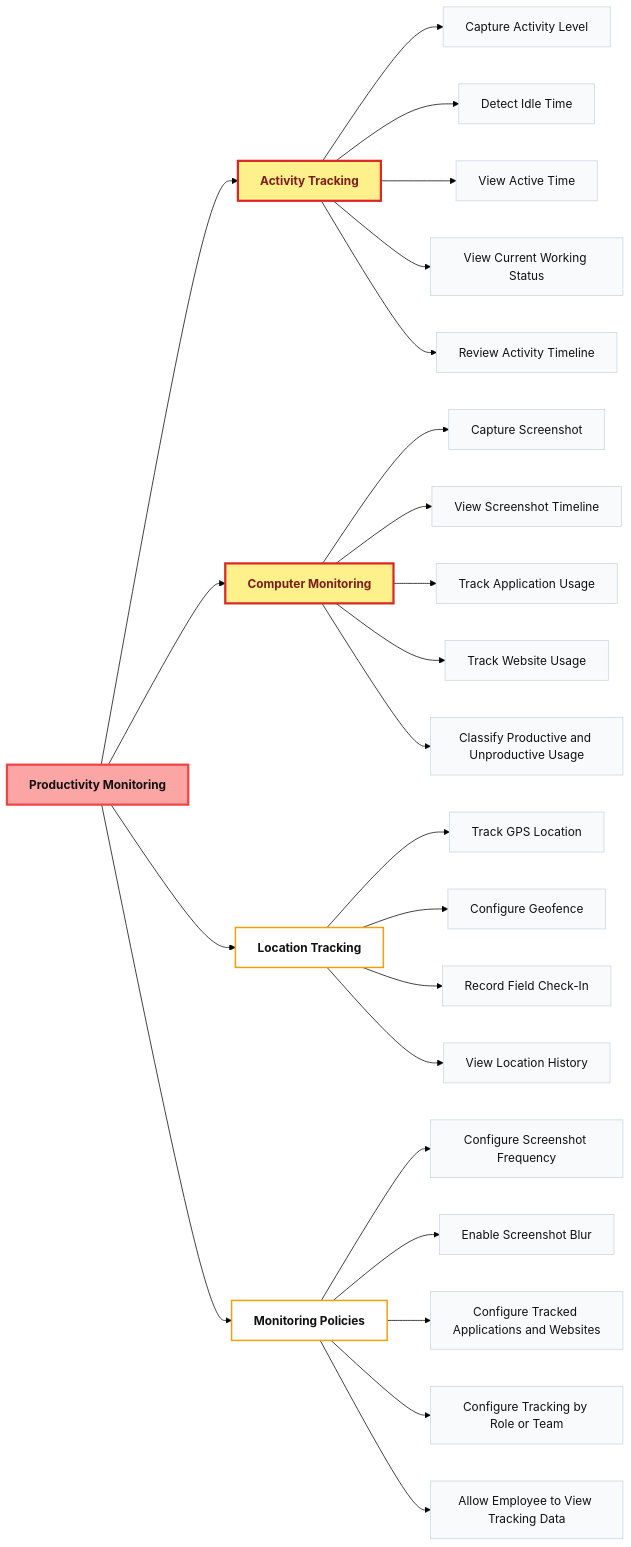
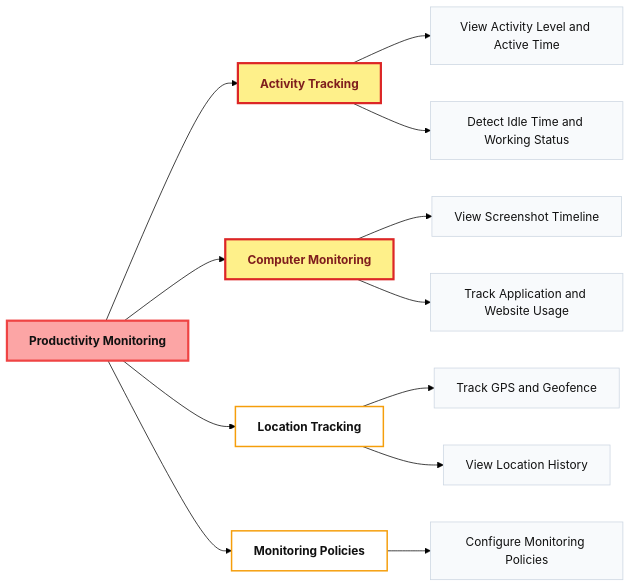
The eighth of 10 diagrams in README.md (Hagiakhanh/HR-Workforce-Management), drawn with Mermaid (forest theme) before and after one commit. The commit also changed other lines of this file, not shown here.

Commit message:
list all usecase

````diff
--- a/README.md
+++ b/README.md
@@ -347,42 +297,30 @@
 ```mermaid
 flowchart LR
     classDef module fill:#fca5a5,stroke:#ef4444,stroke-width:3px,color:#111,font-weight:bold;
     classDef feature fill:#ffffff,stroke:#f59e0b,stroke-width:2px,color:#111,font-weight:bold;
     classDef important fill:#fef08a,stroke:#dc2626,stroke-width:3px,color:#7f1d1d,font-weight:bold;
     classDef usecase fill:#f8fafc,stroke:#cbd5e1,color:#111;
 
     PRODUCTIVITY["Productivity Monitoring"]
 
     PRODUCTIVITY --> ACTIVITY["Activity Tracking"]
     PRODUCTIVITY --> COMPUTER["Computer Monitoring"]
     PRODUCTIVITY --> LOCATION["Location Tracking"]
     PRODUCTIVITY --> POLICY["Monitoring Policies"]
 
-    ACTIVITY --> A1["Capture Activity Level"]
-    ACTIVITY --> A2["Detect Idle Time"]
-    ACTIVITY --> A3["View Active Time"]
-    ACTIVITY --> A4["View Current Working Status"]
-    ACTIVITY --> A5["Review Activity Timeline"]
+    ACTIVITY --> A1["View Activity Level and Active Time"]
+    ACTIVITY --> A2["Detect Idle Time and Working Status"]
 
-    COMPUTER --> C1["Capture Screenshot"]
-    COMPUTER --> C2["View Screenshot Timeline"]
-    COMPUTER --> C3["Track Application Usage"]
-    COMPUTER --> C4["Track Website Usage"]
-    COMPUTER --> C5["Classify Productive and Unproductive Usage"]
+    COMPUTER --> C1["View Screenshot Timeline"]
+    COMPUTER --> C2["Track Application and Website Usage"]
 
-    LOCATION --> L1["Track GPS Location"]
-    LOCATION --> L2["Configure Geofence"]
-    LOCATION --> L3["Record Field Check-In"]
-    LOCATION --> L4["View Location History"]
+    LOCATION --> L1["Track GPS and Geofence"]
+    LOCATION --> L2["View Location History"]
 
-    POLICY --> P1["Configure Screenshot Frequency"]
-    POLICY --> P2["Enable Screenshot Blur"]
-    POLICY --> P3["Configure Tracked Applications and Websites"]
-    POLICY --> P4["Configure Tracking by Role or Team"]
-    POLICY --> P5["Allow Employee to View Tracking Data"]
+    POLICY --> P1["Configure Monitoring Policies"]
 
     class PRODUCTIVITY module;
     class ACTIVITY,COMPUTER,LOCATION,POLICY feature;
     class ACTIVITY,COMPUTER important;
-    class A1,A2,A3,A4,A5,C1,C2,C3,C4,C5,L1,L2,L3,L4,P1,P2,P3,P4,P5 usecase;
+    class A1,A2,C1,C2,L1,L2,P1 usecase;
 ```
````
